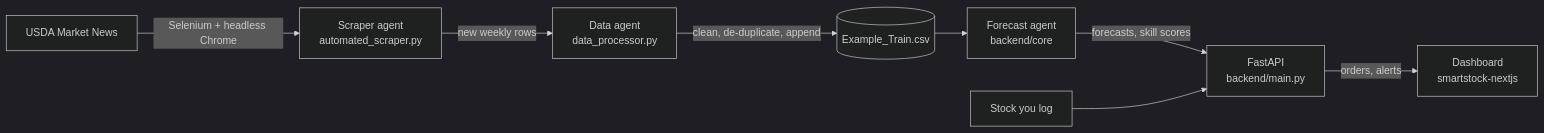
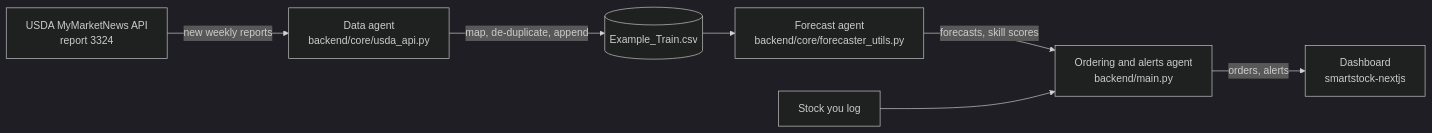
One commit to atanwar8/Smart-Stock-AI changed the diagram in README.md. Above: the diagram before and after it, drawn with Mermaid (dark theme). The commit also changed other lines of this file and 1 other file, not shown here.

First line of the commit message:
docs: record the switch from browser scraping to the USDA API

````diff
--- a/README.md
+++ b/README.md
@@ -24,10 +24,9 @@
 ```mermaid
 flowchart LR
-    USDA[USDA Market News] -->|Selenium + headless Chrome| S[Scraper agent<br/>automated_scraper.py]
-    S -->|new weekly rows| D[Data agent<br/>data_processor.py]
-    D -->|clean, de-duplicate, append| CSV[(Example_Train.csv)]
-    CSV --> F[Forecast agent<br/>backend/core]
-    F -->|forecasts, skill scores| API[FastAPI<br/>backend/main.py]
-    INV[Stock you log] --> API
-    API -->|orders, alerts| UI[Dashboard<br/>smartstock-nextjs]
+    USDA[USDA MyMarketNews API<br/>report 3324] -->|new weekly reports| D[Data agent<br/>backend/core/usda_api.py]
+    D -->|map, de-duplicate, append| CSV[(Example_Train.csv)]
+    CSV --> F[Forecast agent<br/>backend/core/forecaster_utils.py]
+    F -->|forecasts, skill scores| O[Ordering and alerts agent<br/>backend/main.py]
+    INV[Stock you log] --> O
+    O -->|orders, alerts| UI[Dashboard<br/>smartstock-nextjs]
 ```
````
